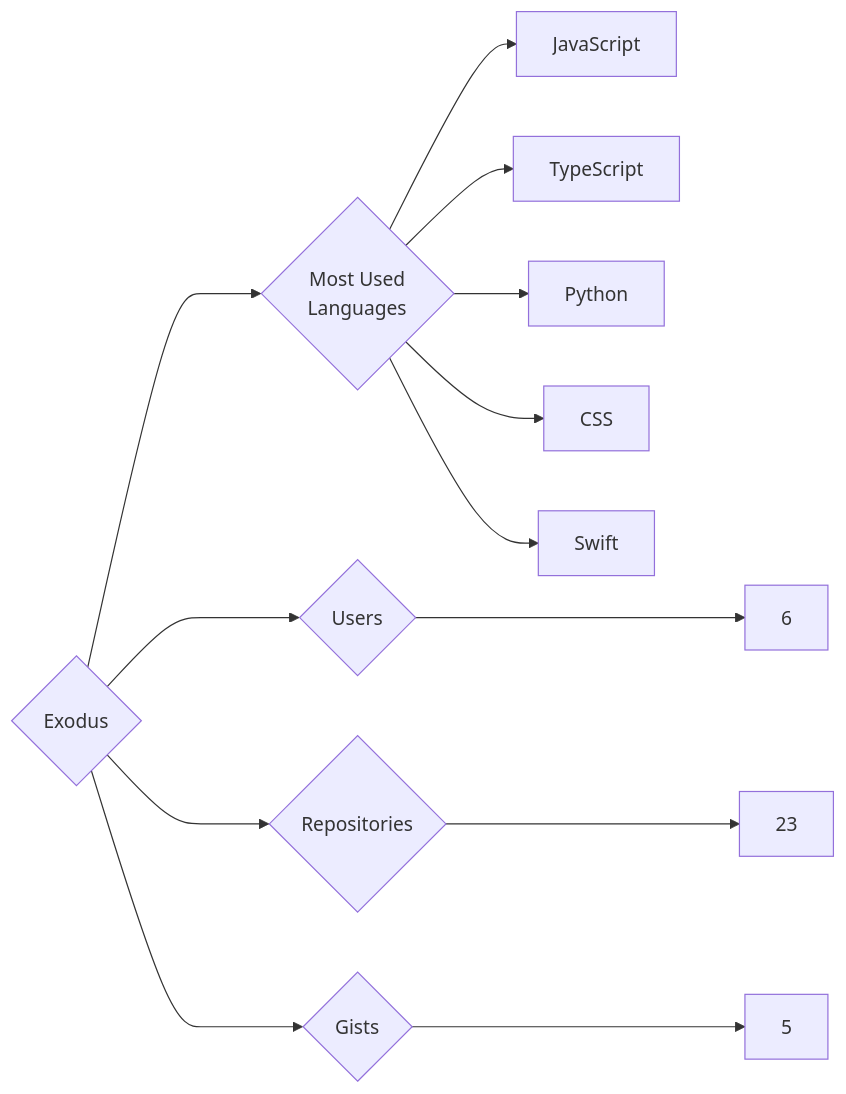
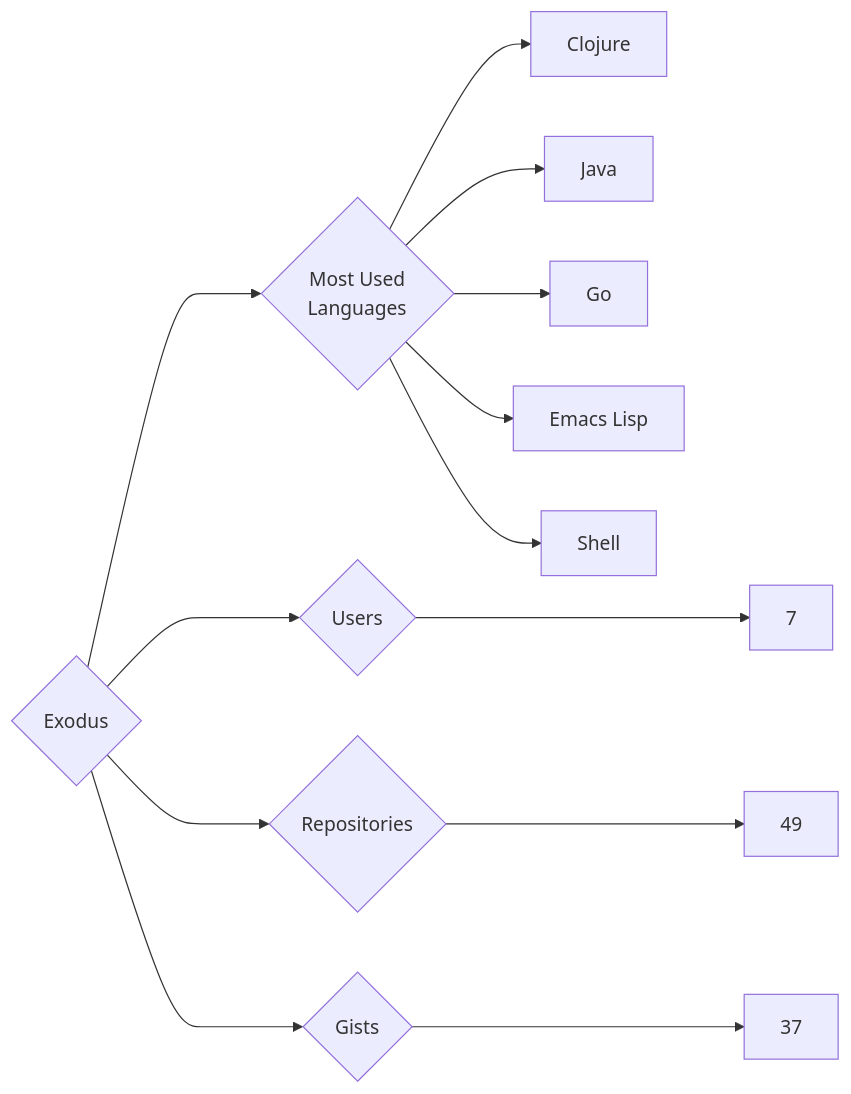
Before and after one commit to trickest/insiders: the diagram in targets/Exodus/README.md, drawn with Mermaid. The commit also changed 1120 other files, not shown here.

````diff
--- a/targets/Exodus/README.md
+++ b/targets/Exodus/README.md
@@ -3,13 +3,13 @@
 ```mermaid
 graph LR
 COMPANY_NAME{Exodus}
-COMPANY_NAME ---> U{Users} ---> UN[6]
-COMPANY_NAME ---> R{Repositories} ---> RN[23]
-COMPANY_NAME ---> G{Gists} ---> GN[5]
+COMPANY_NAME ---> U{Users} ---> UN[7]
+COMPANY_NAME ---> R{Repositories} ---> RN[49]
+COMPANY_NAME ---> G{Gists} ---> GN[37]
 COMPANY_NAME ---> ML{Most Used<br>Languages}
-ML --> JavaScript[JavaScript]
-ML --> TypeScript[TypeScript]
-ML --> Python[Python]
-ML --> CSS[CSS]
-ML --> Swift[Swift]
+ML --> Clojure[Clojure]
+ML --> Java[Java]
+ML --> Go[Go]
+ML --> Emacs_Lisp[Emacs Lisp]
+ML --> Shell[Shell]
 ```
````
